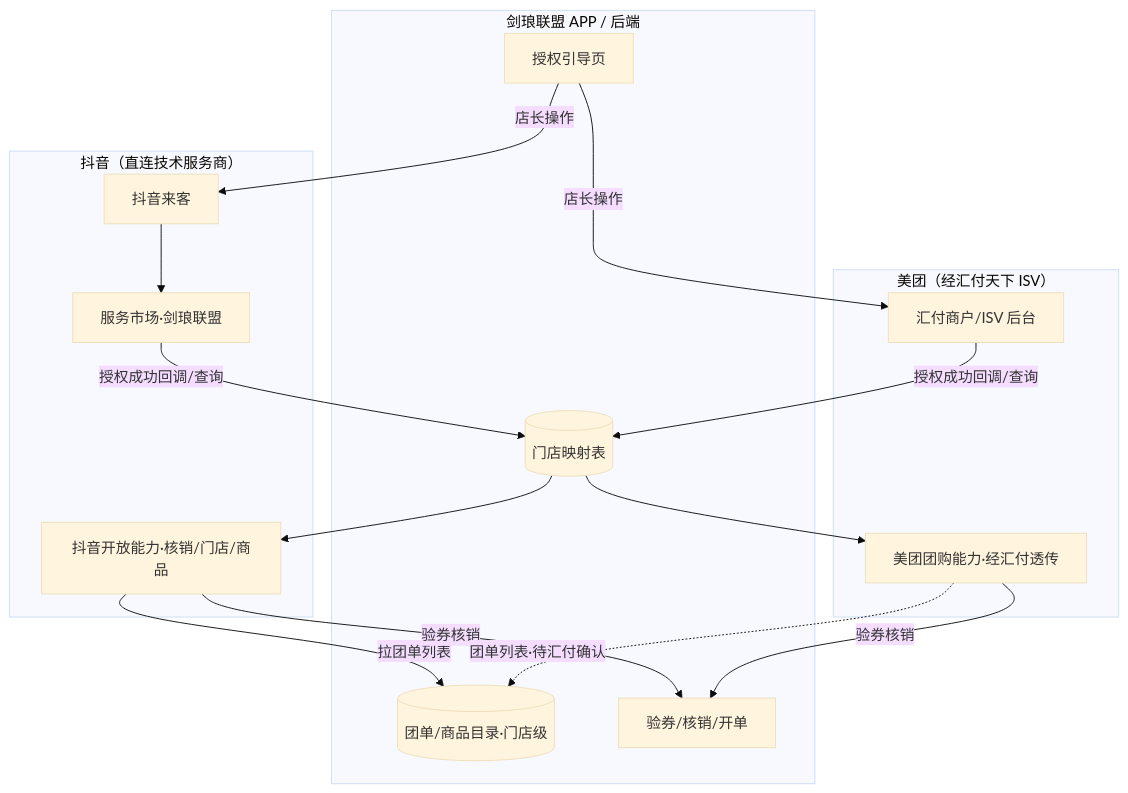
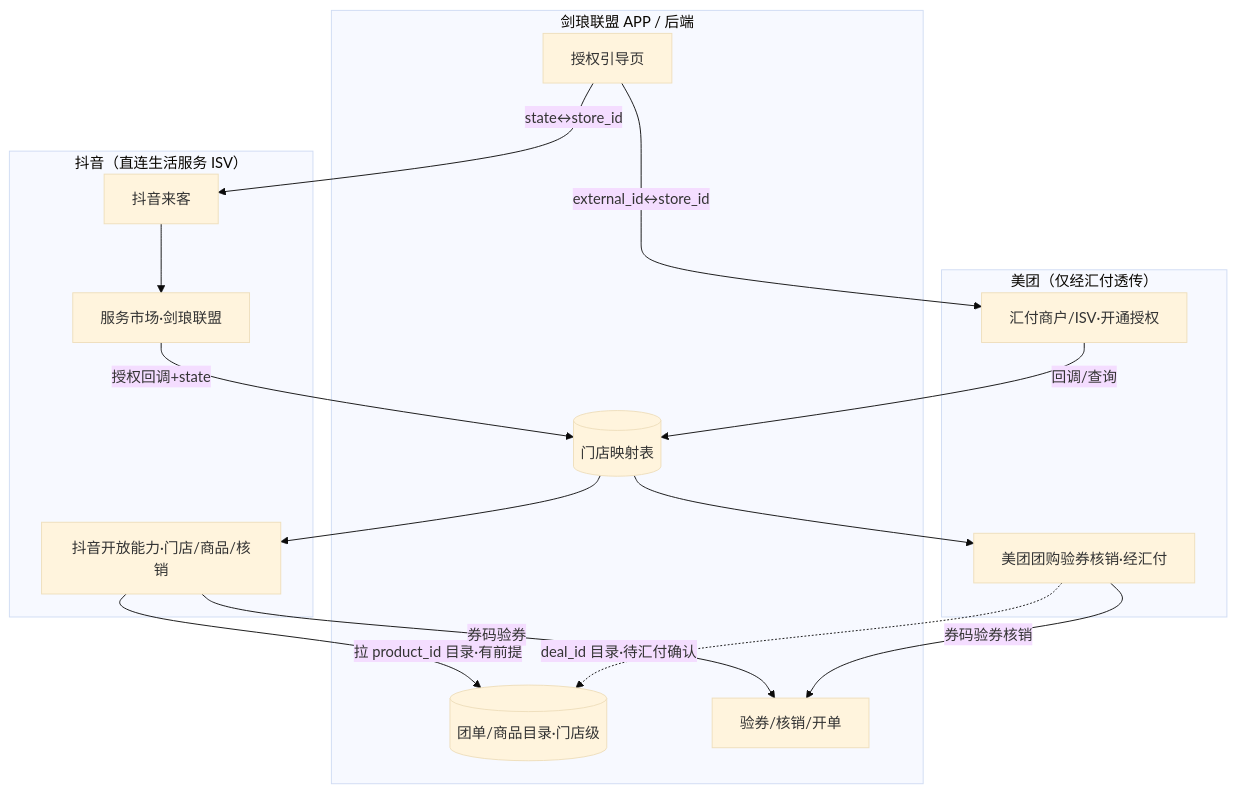
The second of 5 diagrams in PRD-团购核销.md (XDean-Designer/tiktok), drawn with Mermaid (base theme) before and after one commit. The commit also changed other lines of this file and 4 other files, not shown here.

````diff
--- a/PRD-团购核销.md
+++ b/PRD-团购核销.md
@@ -919,33 +929,33 @@
 ```mermaid
 flowchart TB
   subgraph APP["剑琅联盟 APP / 后端"]
     Guide[授权引导页]
     StoreMap[(门店映射表)]
     DealCat[(团单/商品目录·门店级)]
     Verify[验券/核销/开单]
   end
 
-  subgraph DY["抖音（直连技术服务商）"]
+  subgraph DY["抖音（直连生活服务 ISV）"]
     Laike[抖音来客]
     Mkt[服务市场·剑琅联盟]
-    DyAPI[抖音开放能力·核销/门店/商品]
+    DyAPI[抖音开放能力·门店/商品/核销]
   end
 
-  subgraph MT["美团（经汇付天下 ISV）"]
-    HuiFu[汇付商户/ISV 后台]
-    MtCap[美团团购能力·经汇付透传]
+  subgraph MT["美团（仅经汇付透传）"]
+    HuiFu[汇付商户/ISV·开通授权]
+    MtCap[美团团购验券核销·经汇付]
   end
 
-  Guide -->|店长操作| Laike
+  Guide -->|state↔store_id| Laike
   Laike --> Mkt
-  Mkt -->|授权成功回调/查询| StoreMap
+  Mkt -->|授权回调+state| StoreMap
   StoreMap --> DyAPI
-  DyAPI -->|拉团单列表| DealCat
-  DyAPI -->|验券核销| Verify
+  DyAPI -->|拉 product_id 目录·有前提| DealCat
+  DyAPI -->|券码验券| Verify
 
-  Guide -->|店长操作| HuiFu
-  HuiFu -->|授权成功回调/查询| StoreMap
+  Guide -->|external_id↔store_id| HuiFu
+  HuiFu -->|回调/查询| StoreMap
   StoreMap --> MtCap
-  MtCap -.->|团单列表·待汇付确认| DealCat
-  MtCap -->|验券核销| Verify
+  MtCap -.->|deal_id 目录·待汇付确认| DealCat
+  MtCap -->|券码验券核销| Verify
 ```
````
